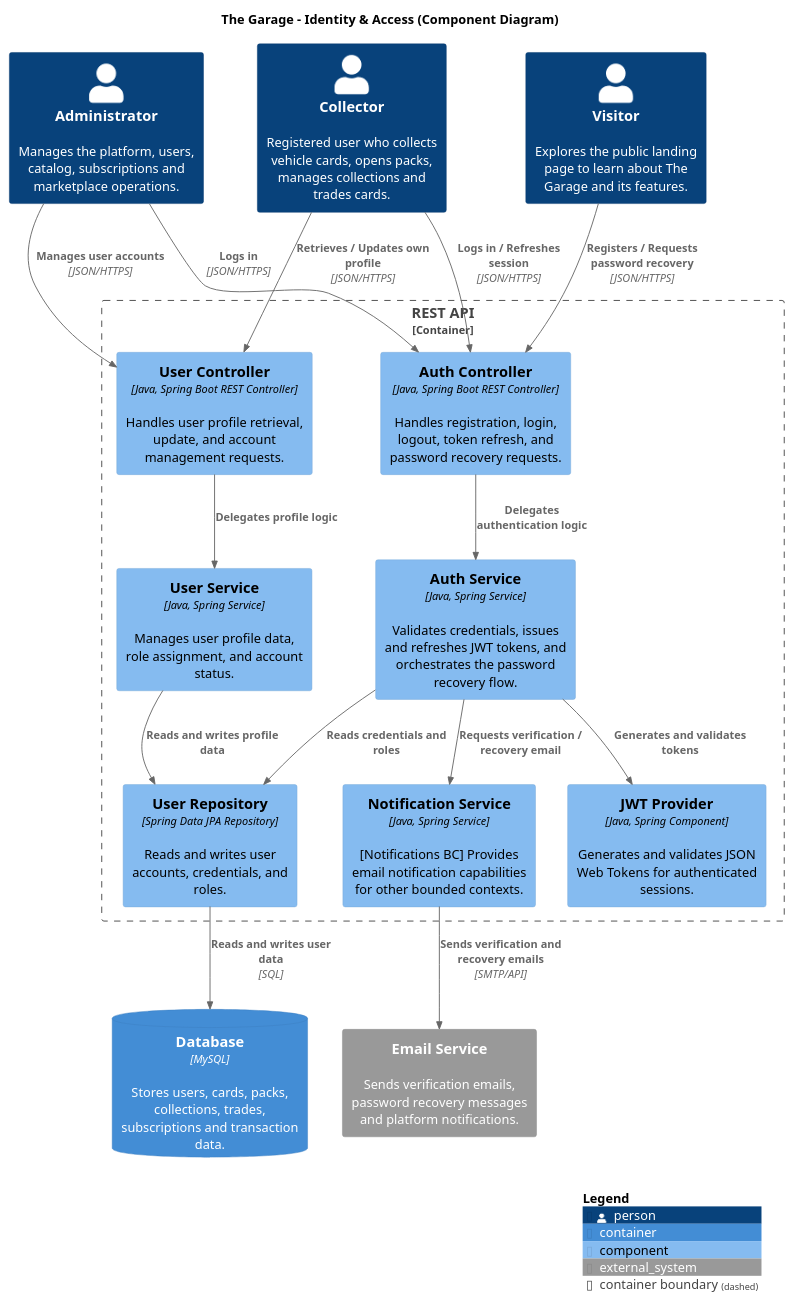
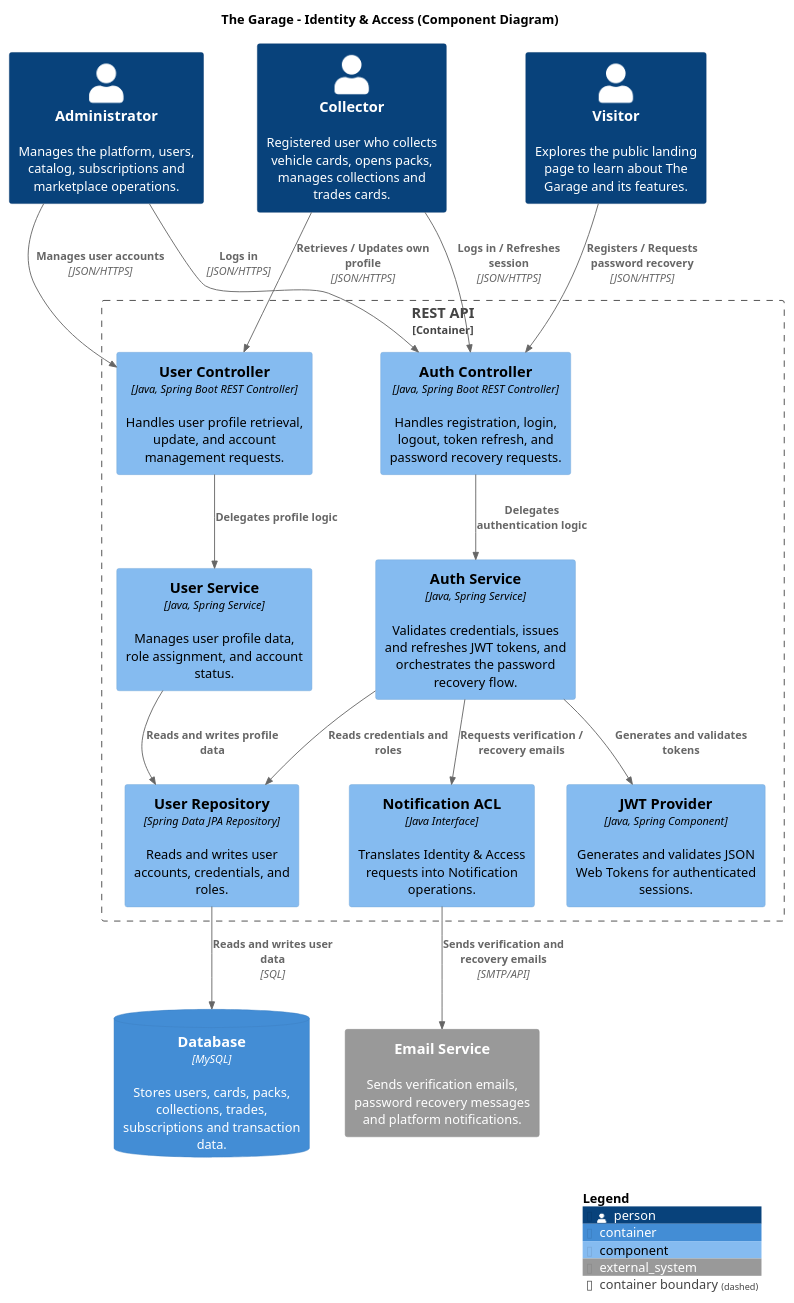
Before and after one commit to the-garage-studio/the-garage-c4-model-design: the diagram in diagrams/ComponentDiagrams/IdentityAccess-ComponentDiagram.puml, drawn with PlantUML. The commit also changed 7 other files, not shown here.

Commit message:
feat: update the components diagrams

```diff
--- a/diagrams/ComponentDiagrams/IdentityAccess-ComponentDiagram.puml
+++ b/diagrams/ComponentDiagrams/IdentityAccess-ComponentDiagram.puml
@@ -1,51 +1,52 @@
 @startuml IdentityAccess-ComponentDiagram
 !include https://raw.githubusercontent.com/plantuml-stdlib/C4-PlantUML/master/C4_Component.puml
 
 LAYOUT_WITH_LEGEND()
 
 title The Garage - Identity & Access (Component Diagram)
 
 Person(visitor, "Visitor", "Explores the public landing page to learn about The Garage and its features.")
 Person(collector, "Collector", "Registered user who collects vehicle cards, opens packs, manages collections and trades cards.")
 Person(admin, "Administrator", "Manages the platform, users, catalog, subscriptions and marketplace operations.")
 
 System_Ext(email, "Email Service", "Sends verification emails, password recovery messages and platform notifications.")
 
 Container_Boundary(api, "REST API") {
 
     Component(auth_controller, "Auth Controller", "Java, Spring Boot REST Controller", "Handles registration, login, logout, token refresh, and password recovery requests.")
     Component(user_controller, "User Controller", "Java, Spring Boot REST Controller", "Handles user profile retrieval, update, and account management requests.")
 
     Component(auth_service, "Auth Service", "Java, Spring Service", "Validates credentials, issues and refreshes JWT tokens, and orchestrates the password recovery flow.")
     Component(user_service, "User Service", "Java, Spring Service", "Manages user profile data, role assignment, and account status.")
     Component(jwt_provider, "JWT Provider", "Java, Spring Component", "Generates and validates JSON Web Tokens for authenticated sessions.")
 
     Component(user_repository, "User Repository", "Spring Data JPA Repository", "Reads and writes user accounts, credentials, and roles.")
 
-    Component(notification_service, "Notification Service", "Java, Spring Service", "[Notifications BC] Provides email notification capabilities for other bounded contexts.")
+    Component(notification_acl, "Notification ACL", "Java Interface", "Translates Identity & Access requests into Notification operations.")
 
 }
 
 ContainerDb(database, "Database", "MySQL", "Stores users, cards, packs, collections, trades, subscriptions and transaction data.")
 
 Rel(visitor, auth_controller, "Registers / Requests password recovery", "JSON/HTTPS")
 Rel(collector, auth_controller, "Logs in / Refreshes session", "JSON/HTTPS")
 Rel(admin, auth_controller, "Logs in", "JSON/HTTPS")
 
 Rel(collector, user_controller, "Retrieves / Updates own profile", "JSON/HTTPS")
 Rel(admin, user_controller, "Manages user accounts", "JSON/HTTPS")
 
 Rel(auth_controller, auth_service, "Delegates authentication logic")
 Rel(user_controller, user_service, "Delegates profile logic")
 
 Rel(auth_service, jwt_provider, "Generates and validates tokens")
 Rel(auth_service, user_repository, "Reads credentials and roles")
 Rel(user_service, user_repository, "Reads and writes profile data")
 
 Rel(user_repository, database, "Reads and writes user data", "SQL")
 
-Rel(auth_service, notification_service, "Requests verification / recovery email")
-Rel(notification_service, email, "Sends verification and recovery emails", "SMTP/API")
+Rel(auth_service, notification_acl, "Requests verification / recovery emails")
+
+Rel(notification_acl, email, "Sends verification and recovery emails", "SMTP/API")
 
 SHOW_LEGEND()
 @enduml
```
